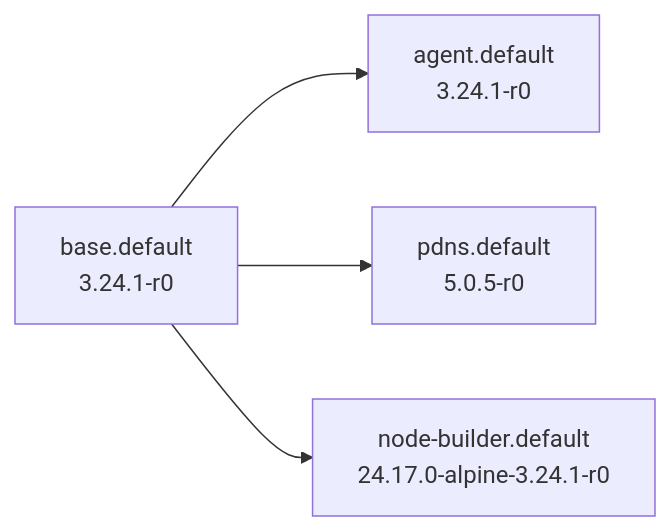
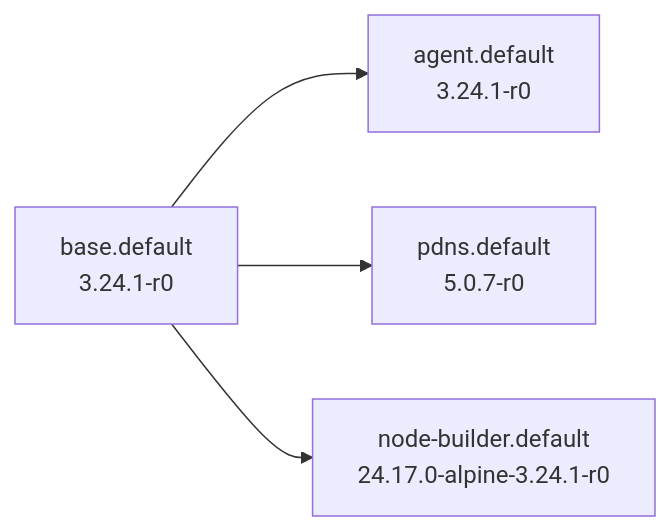
One commit to wenerme/dockerfiles changed the diagram in README.md. Above: the diagram before and after it, drawn with Mermaid. The commit also changed other lines of this file and 4 other files, not shown here.

````diff
--- a/README.md
+++ b/README.md
@@ -45,10 +45,10 @@
 ```mermaid
 flowchart LR
     i0["base.default<br/>3.24.1-r0"]
     i1["agent.default<br/>3.24.1-r0"]
-    i2["pdns.default<br/>5.0.5-r0"]
+    i2["pdns.default<br/>5.0.7-r0"]
     i3["node-builder.default<br/>24.17.0-alpine-3.24.1-r0"]
     i0 --> i1
     i0 --> i2
     i0 --> i3
 ```
````
